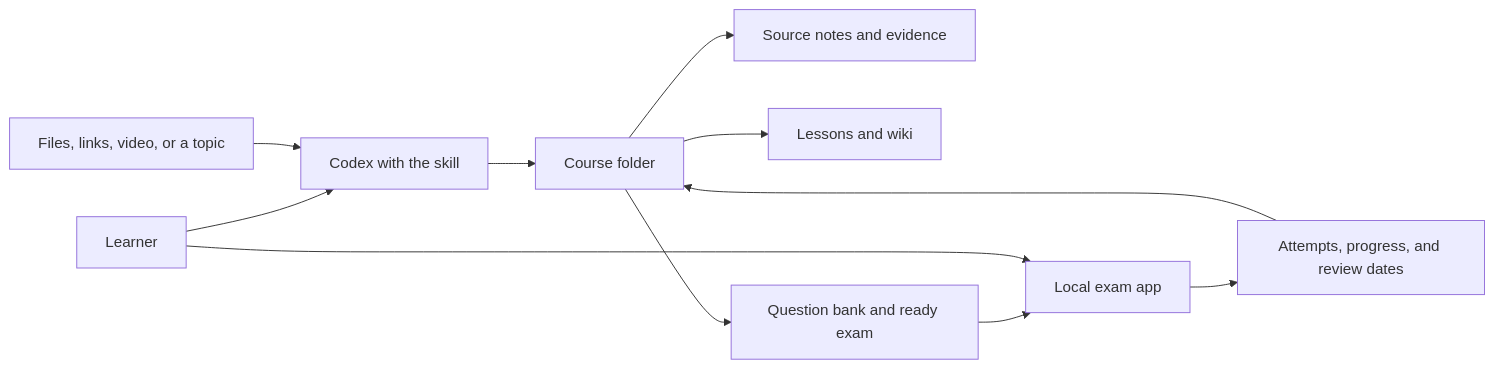
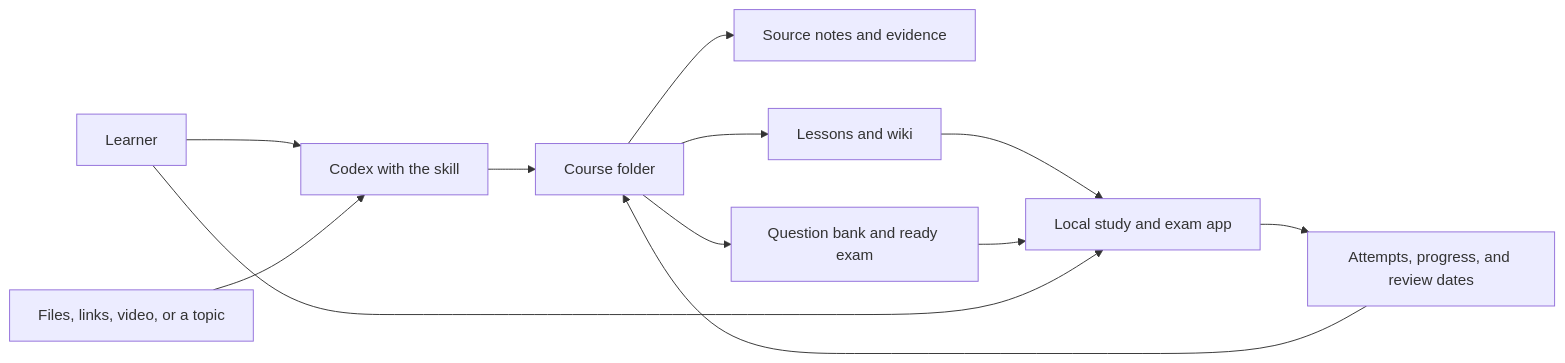
The first of 3 diagrams in README.md (Howard-Starfield/Mastery-Ledger), drawn with Mermaid before and after one commit. The commit also changed other lines of this file and 22 other files, not shown here.

Commit message:
Add read-only study lessons and runtime restart controls

````diff
--- a/README.md
+++ b/README.md
@@ -64,13 +64,14 @@
 ```mermaid
 flowchart LR
     Learner["Learner"] --> Codex["Codex with the skill"]
     Sources["Files, links, video, or a topic"] --> Codex
     Codex --> Course["Course folder"]
     Course --> Notes["Source notes and evidence"]
     Course --> Lessons["Lessons and wiki"]
     Course --> Bank["Question bank and ready exam"]
-    Bank --> App["Local exam app"]
+    Lessons --> App["Local study and exam app"]
+    Bank --> App
     Learner --> App
     App --> History["Attempts, progress, and review dates"]
     History --> Course
 ```
````
